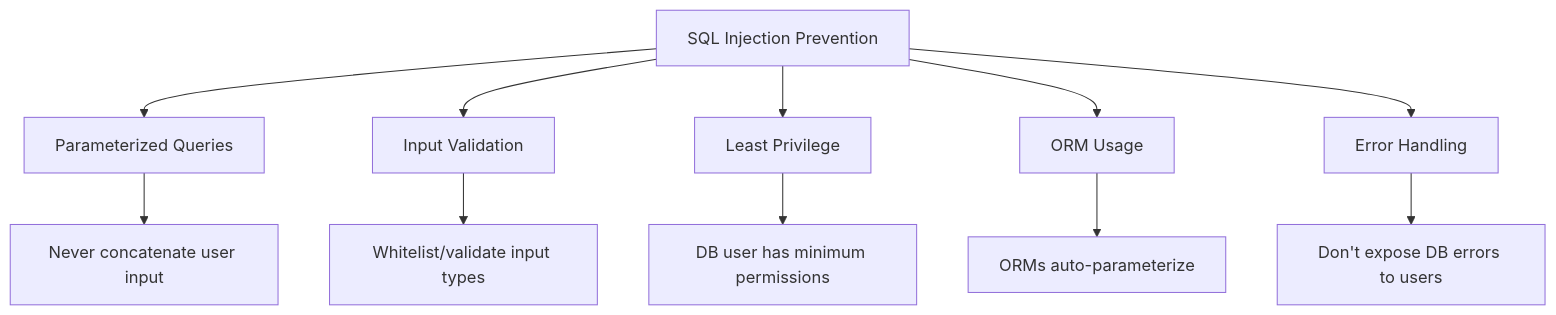
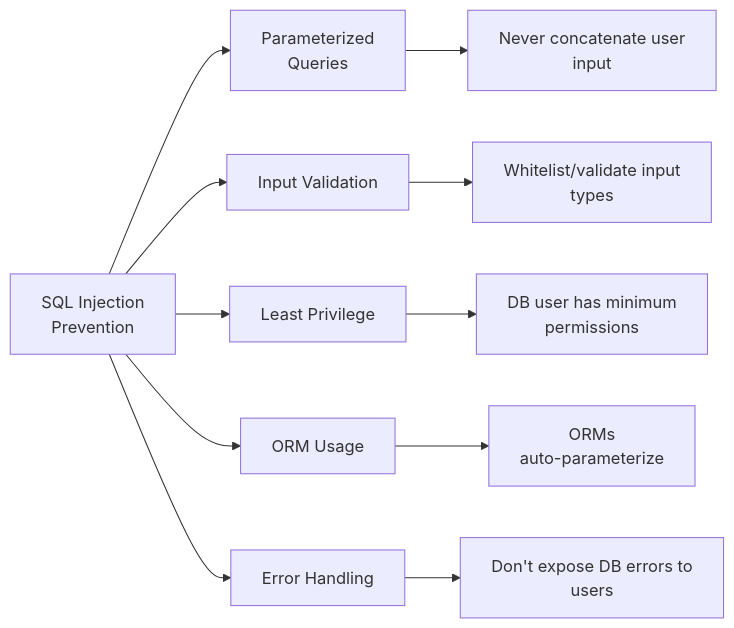
Before and after one commit to amitdevx/TY: the third of 3 diagrams in 02-Semester-VI/CS-353-MJ-T-Web-Technology-II/Unit-1.md, drawn with Mermaid. The commit also changed other lines of this file and 65 other files, not shown here.

Commit message:
fix:graph vertical

````diff
--- a/02-Semester-VI/CS-353-MJ-T-Web-Technology-II/Unit-1.md
+++ b/02-Semester-VI/CS-353-MJ-T-Web-Technology-II/Unit-1.md
@@ -377,14 +377,14 @@
 ```mermaid
-graph TD
-    A[SQL Injection Prevention] --> B[Parameterized Queries]
+graph LR
+    A[SQL Injection<br/>Prevention] --> B[Parameterized<br/>Queries]
     A --> C[Input Validation]
     A --> D[Least Privilege]
     A --> E[ORM Usage]
     A --> F[Error Handling]
     
-    B --> B1[Never concatenate user input]
-    C --> C1[Whitelist/validate input types]
-    D --> D1[DB user has minimum permissions]
-    E --> E1[ORMs auto-parameterize]
-    F --> F1[Don't expose DB errors to users]
+    B --> B1[Never concatenate user<br/>input]
+    C --> C1[Whitelist/validate input<br/>types]
+    D --> D1[DB user has minimum<br/>permissions]
+    E --> E1[ORMs<br/>auto-parameterize]
+    F --> F1[Don't expose DB errors to<br/>users]
 ```
````
